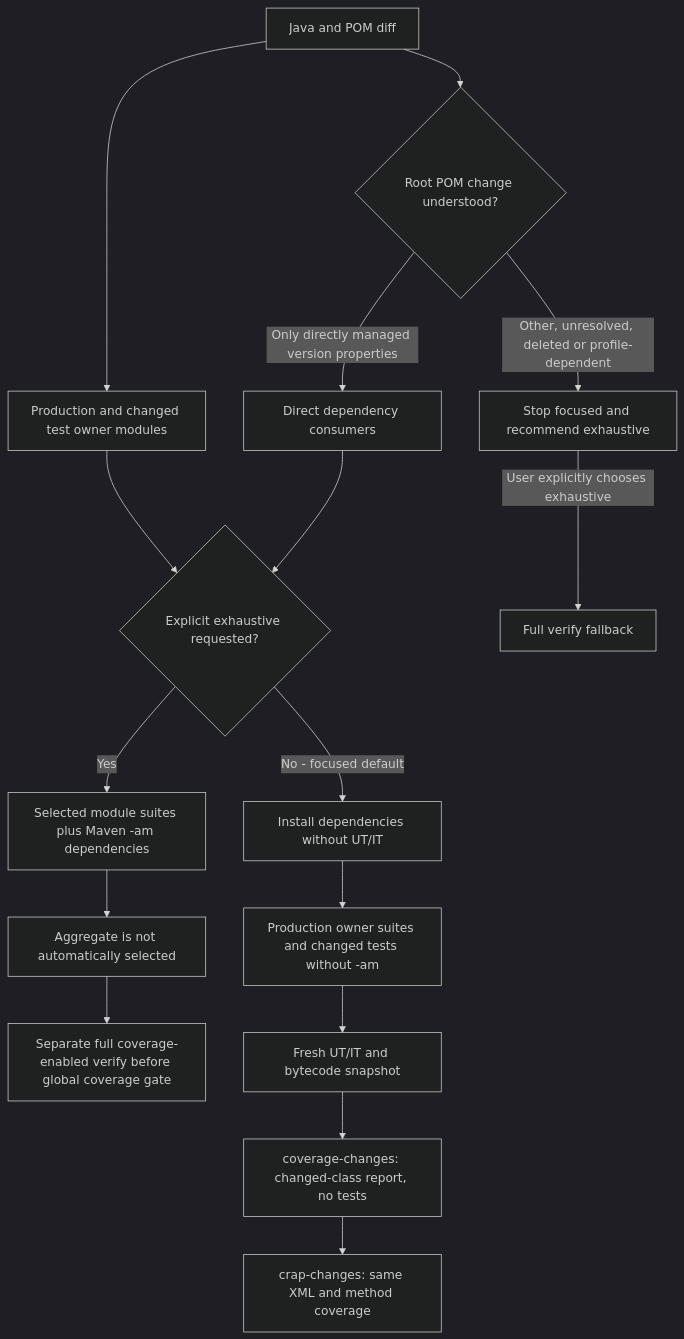
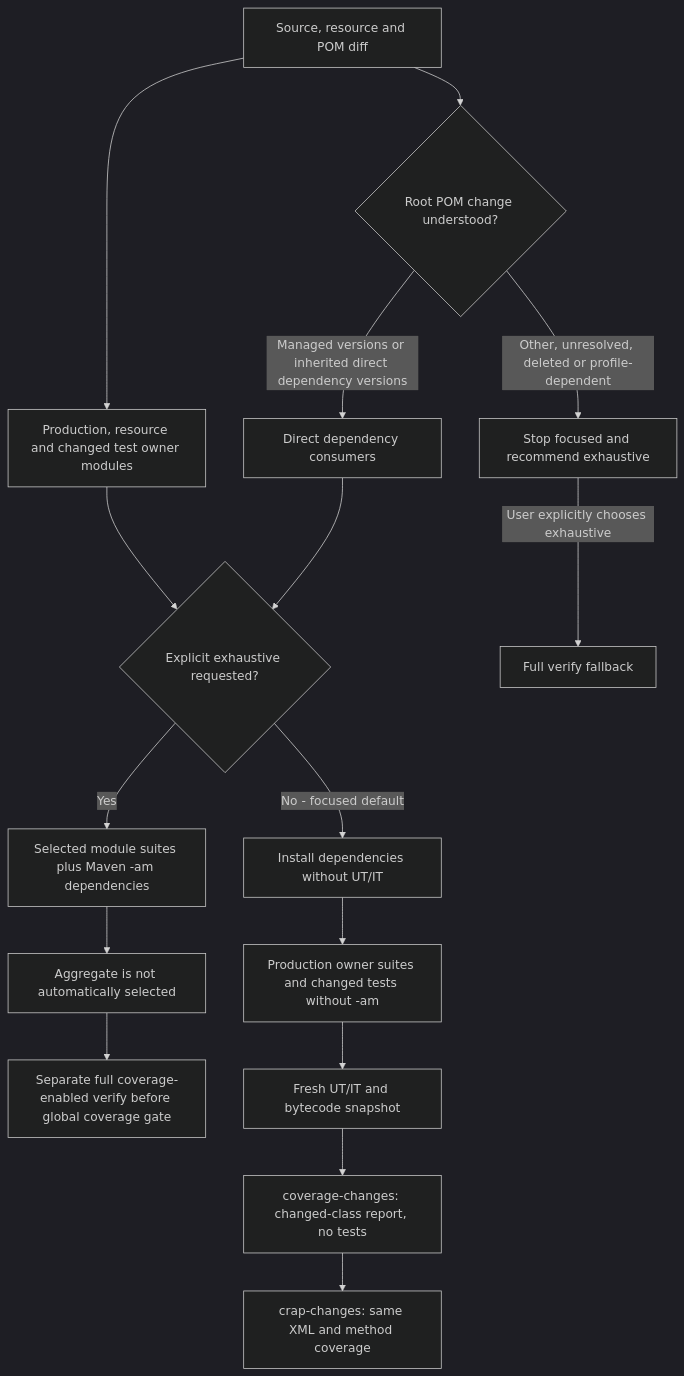
Before and after one commit to antonillos/makevn: the fourth of 4 diagrams in docs/workflow-guidance.md, drawn with Mermaid (dark theme). The commit also changed other lines of this file and 4 other files, not shown here.

Commit message:
fix(changes): focus inherited dependency version consumers

````diff
--- a/docs/workflow-guidance.md
+++ b/docs/workflow-guidance.md
@@ -130,18 +130,18 @@
 ```mermaid
 flowchart TD
-  Diff[Java and POM diff] --> Owners[Production and changed test owner modules]
+  Diff[Source, resource and POM diff] --> Owners[Production, resource and changed test owner modules]
   Diff --> POM{Root POM change understood?}
-  POM -->|Only directly managed version properties| Consumers[Direct dependency consumers]
+  POM -->|Managed versions or inherited direct dependency versions| Consumers[Direct dependency consumers]
   POM -->|Other, unresolved, deleted or profile-dependent| Stop[Stop focused and recommend exhaustive]
   Stop -->|User explicitly chooses exhaustive| Full[Full verify fallback]
   Owners --> Mode{Explicit exhaustive requested?}
   Mode -->|Yes| Verify[Selected module suites plus Maven -am dependencies]
   Mode -->|No - focused default| Prepare[Install dependencies without UT/IT]
   Prepare --> Focus[Production owner suites and changed tests without -am]
   Focus --> Snapshot[Fresh UT/IT and bytecode snapshot]
   Snapshot --> ScopedReport[coverage-changes: changed-class report, no tests]
   ScopedReport --> ScopedCRAP[crap-changes: same XML and method coverage]
   Consumers --> Mode
   Verify --> Separate[Aggregate is not automatically selected]
   Separate --> Gate[Separate full coverage-enabled verify before global coverage gate]
 ```
````
